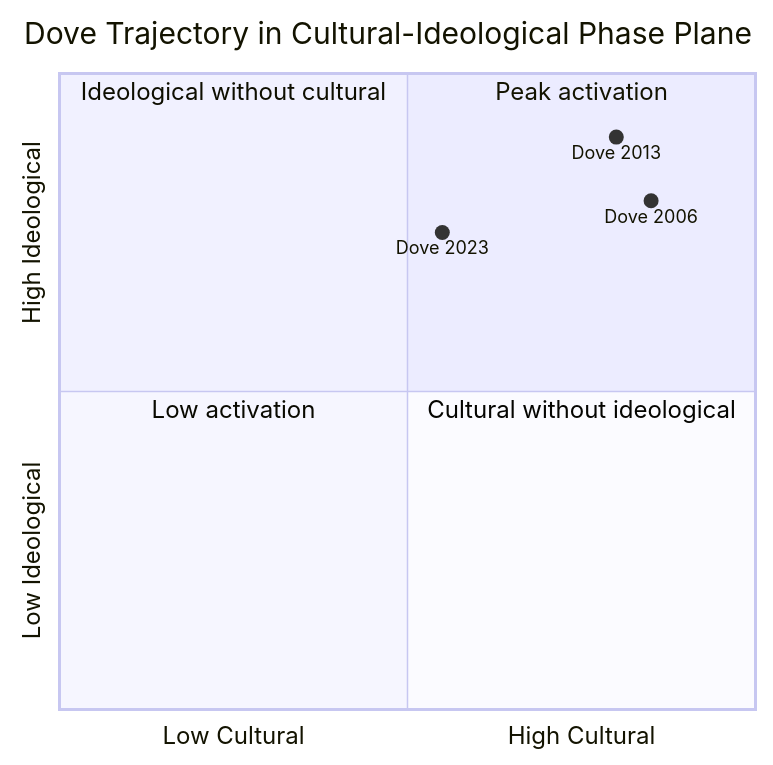
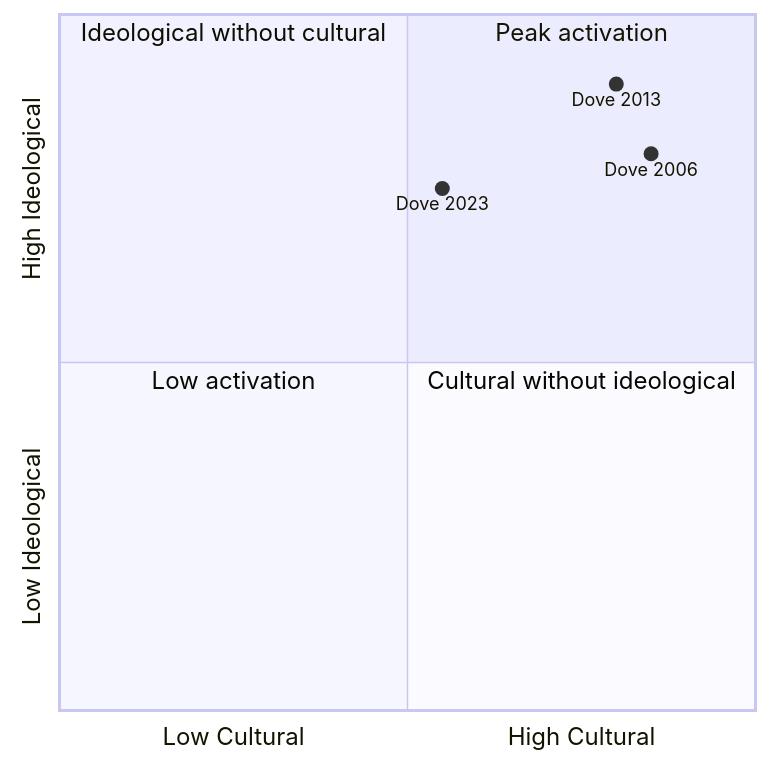
One commit to spectralbranding/sbt-papers changed the second of 2 diagrams in r18-spectral-dynamics/paper.md. Above: the diagram before and after it, drawn with Mermaid. The commit also changed other lines of this file, not shown here.

Commit message:
r18-spectral-dynamics: remove redundant figure in-image titles + scale phase planes to 55%

````diff
--- a/r18-spectral-dynamics/paper.md
+++ b/r18-spectral-dynamics/paper.md
@@ -427,13 +426,12 @@
-```mermaid
+```{.mermaid width=55%}
 quadrantChart
-    title Dove Trajectory in Cultural-Ideological Phase Plane
     x-axis Low Cultural --> High Cultural
     y-axis Low Ideological --> High Ideological
     quadrant-1 Peak activation
     quadrant-2 Ideological without cultural
     quadrant-3 Low activation
     quadrant-4 Cultural without ideological
     Dove 2006: [0.85, 0.80]
     Dove 2013: [0.80, 0.90]
     Dove 2023: [0.55, 0.75]
 ```
````
